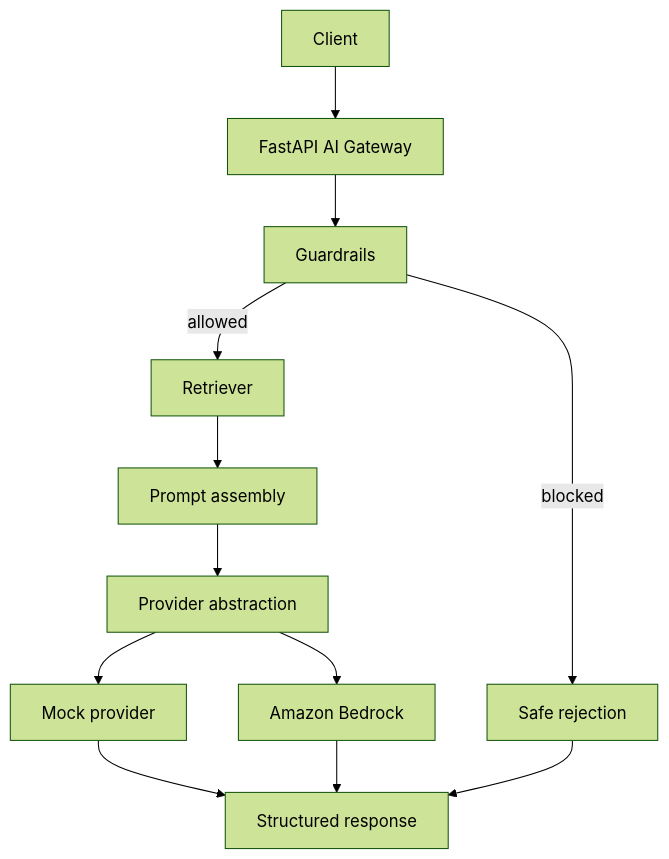
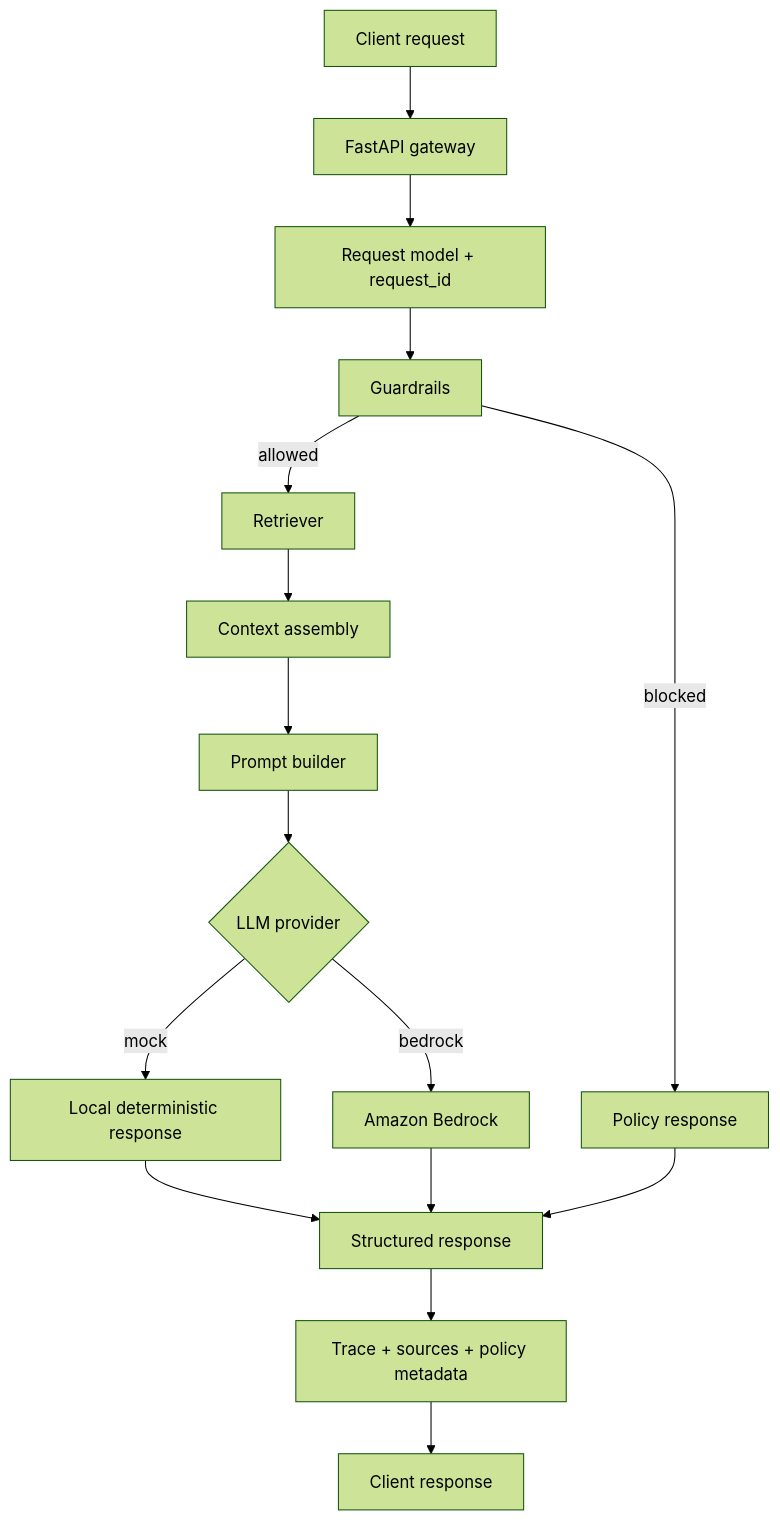
Before and after one commit to sundeepgarg/ai-platform-projects: the first of 2 diagrams in README.md, drawn with Mermaid (forest theme). The commit also changed other lines of this file and 23 other files, not shown here.

````diff
--- a/README.md
+++ b/README.md
@@ -34,14 +59,18 @@
 ```mermaid
 flowchart TD
-    A["Client"] --> B["FastAPI AI Gateway"]
-    B --> C["Guardrails"]
-    C -->|"allowed"| D["Retriever"]
-    C -->|"blocked"| G["Safe rejection"]
-    D --> E["Prompt assembly"]
-    E --> F["Provider abstraction"]
-    F --> H["Mock provider"]
-    F --> I["Amazon Bedrock"]
-    H --> J["Structured response"]
-    I --> J
-    G --> J
+    A["Client request"] --> B["FastAPI gateway"]
+    B --> C["Request model + request_id"]
+    C --> D["Guardrails"]
+    D -->|"blocked"| E["Policy response"]
+    D -->|"allowed"| F["Retriever"]
+    F --> G["Context assembly"]
+    G --> H["Prompt builder"]
+    H --> I{"LLM provider"}
+    I -->|"mock"| J["Local deterministic response"]
+    I -->|"bedrock"| K["Amazon Bedrock"]
+    J --> L["Structured response"]
+    K --> L
+    E --> L
+    L --> M["Trace + sources + policy metadata"]
+    M --> N["Client response"]
 ```
````
